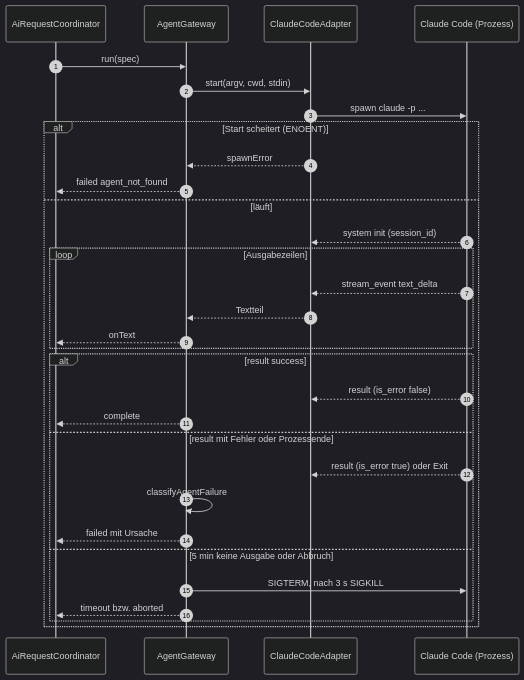
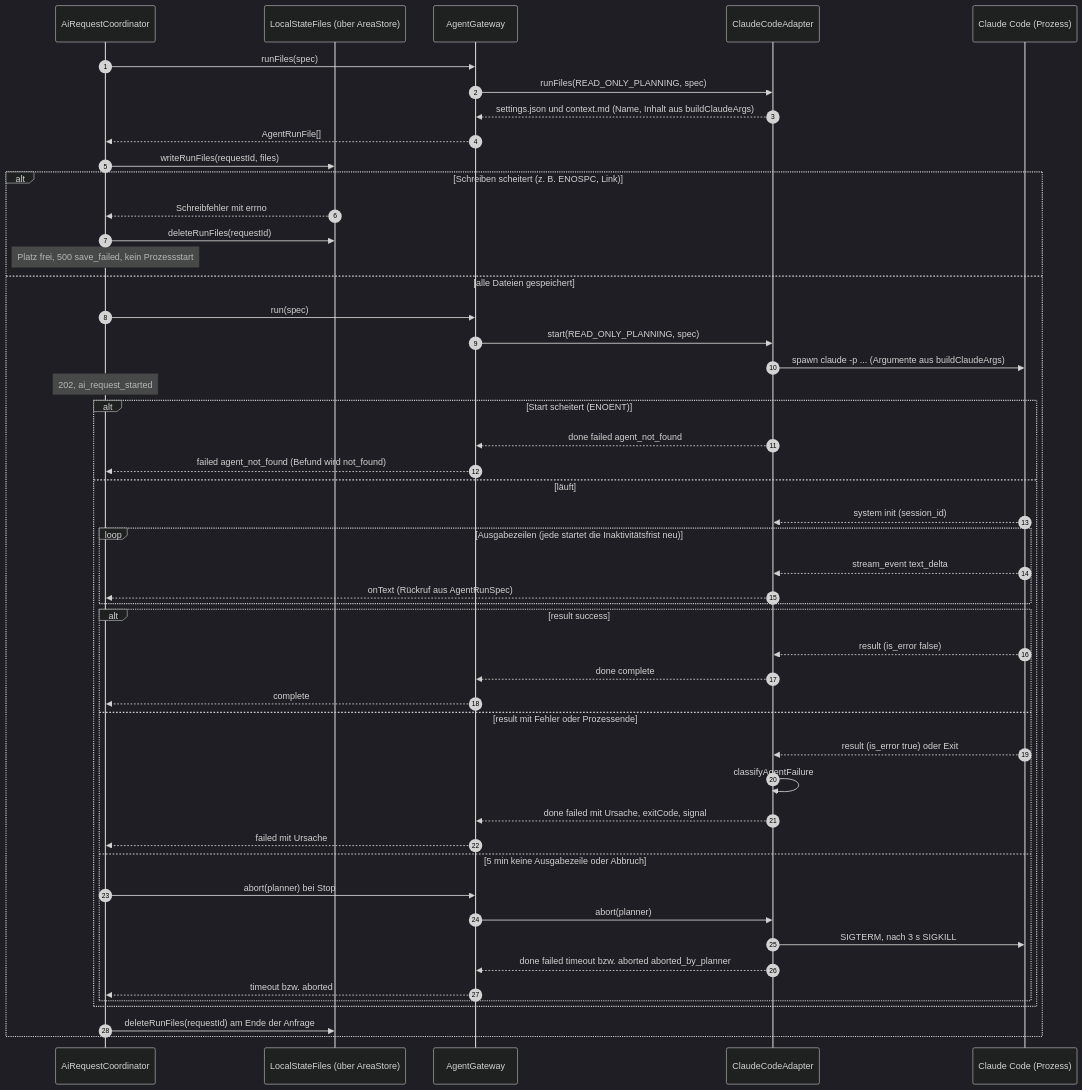
The ninth of 21 diagrams in docs/architecture/technical-specification.md (MarloNET/Ramifold), drawn with Mermaid (dark theme) before and after one commit. The commit also changed other lines of this file, not shown here.

````diff
--- a/docs/architecture/technical-specification.md
+++ b/docs/architecture/technical-specification.md
@@ -794,34 +819,52 @@
 ```mermaid
 sequenceDiagram
   autonumber
   participant C as AiRequestCoordinator
+  participant L as LocalStateFiles (über AreaStore)
   participant G as AgentGateway
   participant AD as ClaudeCodeAdapter
   participant X as Claude Code (Prozess)
 
-  C->>G: run(spec)
-  G->>AD: start(argv, cwd, stdin)
-  AD->>X: spawn claude -p ...
-  alt Start scheitert (ENOENT)
-    AD-->>G: spawnError
-    G-->>C: failed agent_not_found
-  else läuft
-    X-->>AD: system init (session_id)
-    loop Ausgabezeilen
-      X-->>AD: stream_event text_delta
-      AD-->>G: Textteil
-      G-->>C: onText
+  C->>G: runFiles(spec)
+  G->>AD: runFiles(READ_ONLY_PLANNING, spec)
+  AD-->>G: settings.json und context.md (Name, Inhalt aus buildClaudeArgs)
+  G-->>C: AgentRunFile[]
+  C->>L: writeRunFiles(requestId, files)
+  alt Schreiben scheitert (z. B. ENOSPC, Link)
+    L-->>C: Schreibfehler mit errno
+    C->>L: deleteRunFiles(requestId)
+    Note over C: Platz frei, 500 save_failed, kein Prozessstart
+  else alle Dateien gespeichert
+    C->>G: run(spec)
+    G->>AD: start(READ_ONLY_PLANNING, spec)
+    AD->>X: spawn claude -p ... (Argumente aus buildClaudeArgs)
+    Note over C: 202, ai_request_started
+    alt Start scheitert (ENOENT)
+      AD-->>G: done failed agent_not_found
+      G-->>C: failed agent_not_found (Befund wird not_found)
+    else läuft
+      X-->>AD: system init (session_id)
+      loop Ausgabezeilen (jede startet die Inaktivitätsfrist neu)
+        X-->>AD: stream_event text_delta
+        AD-->>C: onText (Rückruf aus AgentRunSpec)
+      end
+      alt result success
+        X-->>AD: result (is_error false)
+        AD-->>G: done complete
+        G-->>C: complete
+      else result mit Fehler oder Prozessende
+        X-->>AD: result (is_error true) oder Exit
+        AD->>AD: classifyAgentFailure
+        AD-->>G: done failed mit Ursache, exitCode, signal
+        G-->>C: failed mit Ursache
+      else 5 min keine Ausgabezeile oder Abbruch
+        C->>G: abort(planner) bei Stop
+        G->>AD: abort(planner)
+        AD->>X: SIGTERM, nach 3 s SIGKILL
+        AD-->>G: done failed timeout bzw. aborted aborted_by_planner
+        G-->>C: timeout bzw. aborted
+      end
     end
-    alt result success
-      X-->>AD: result (is_error false)
-      G-->>C: complete
-    else result mit Fehler oder Prozessende
-      X-->>AD: result (is_error true) oder Exit
-      G->>G: classifyAgentFailure
-      G-->>C: failed mit Ursache
-    else 5 min keine Ausgabe oder Abbruch
-      G->>X: SIGTERM, nach 3 s SIGKILL
-      G-->>C: timeout bzw. aborted
-    end
+    C->>L: deleteRunFiles(requestId) am Ende der Anfrage
   end
 ```
````
